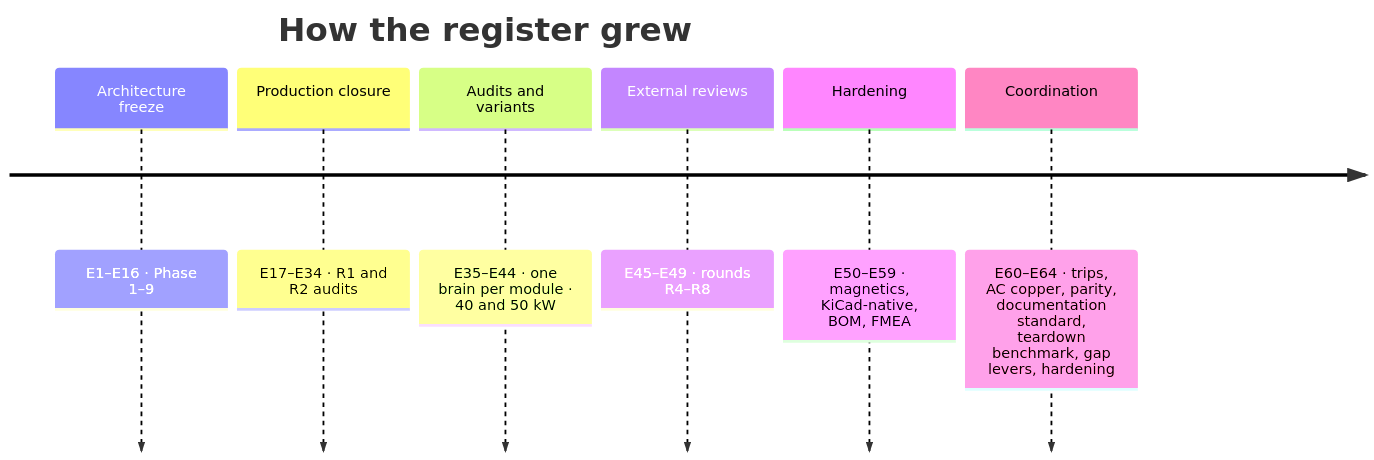
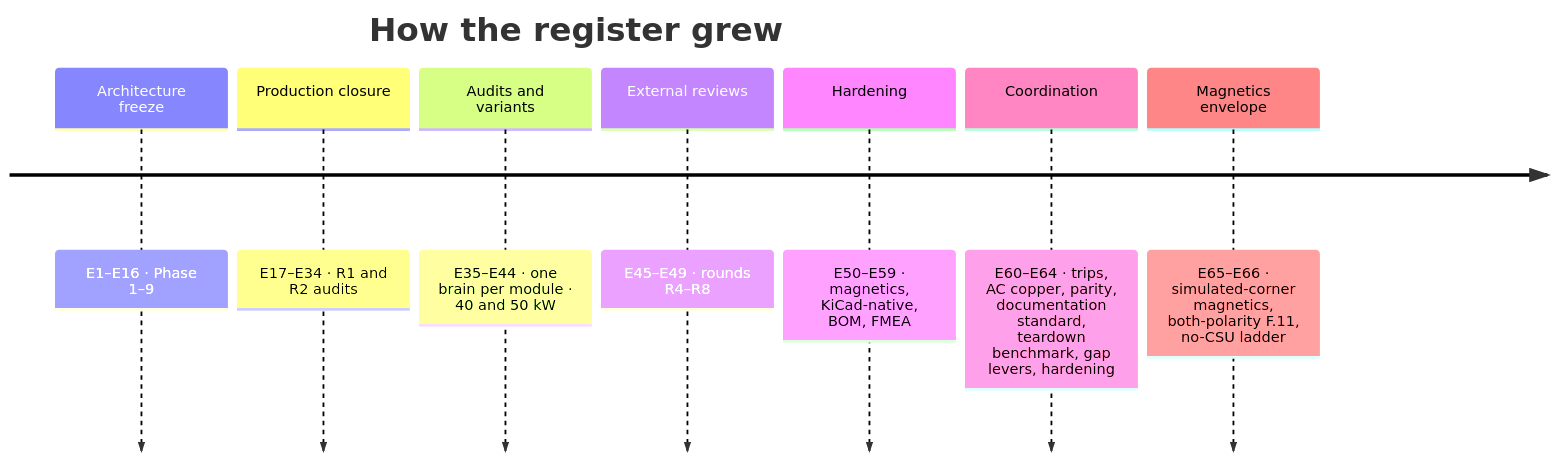
Before and after one commit to vectivolt/DC-Modules: the diagram in docs/assumptions.md, drawn with Mermaid. The commit also changed other lines of this file and 101 other files, not shown here.

````diff
--- a/docs/assumptions.md
+++ b/docs/assumptions.md
@@ -38,10 +38,11 @@
 ```mermaid
 timeline
   title How the register grew
   Architecture freeze : E1–E16 · Phase 1–9
   Production closure : E17–E34 · R1 and R2 audits
   Audits and variants : E35–E44 · one brain per module · 40 and 50 kW
   External reviews : E45–E49 · rounds R4–R8
   Hardening : E50–E59 · magnetics, KiCad-native, BOM, FMEA
   Coordination : E60–E64 · trips, AC copper, parity, documentation standard, teardown benchmark, gap levers, hardening
+  Magnetics envelope : E65–E66 · simulated-corner magnetics, both-polarity F.11, no-CSU ladder
 ```
````
